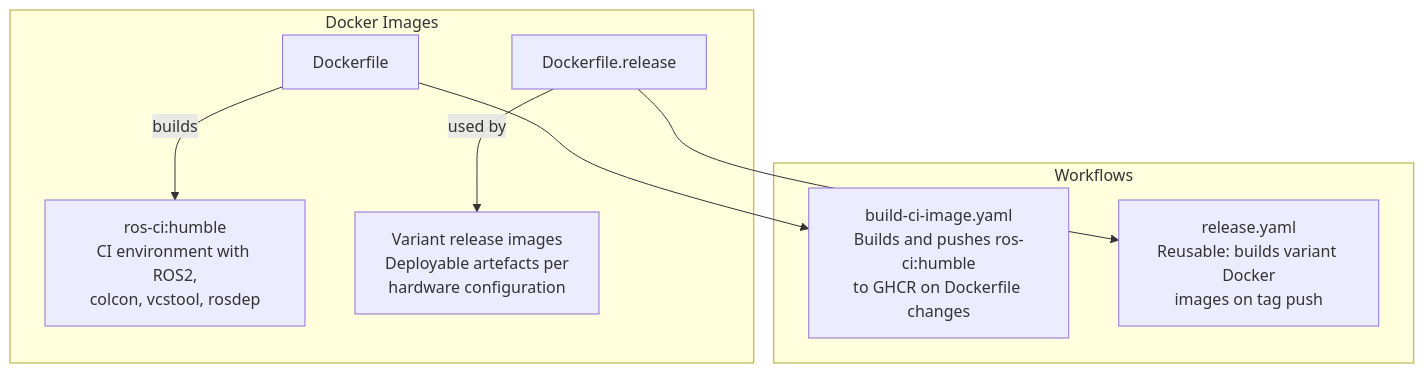
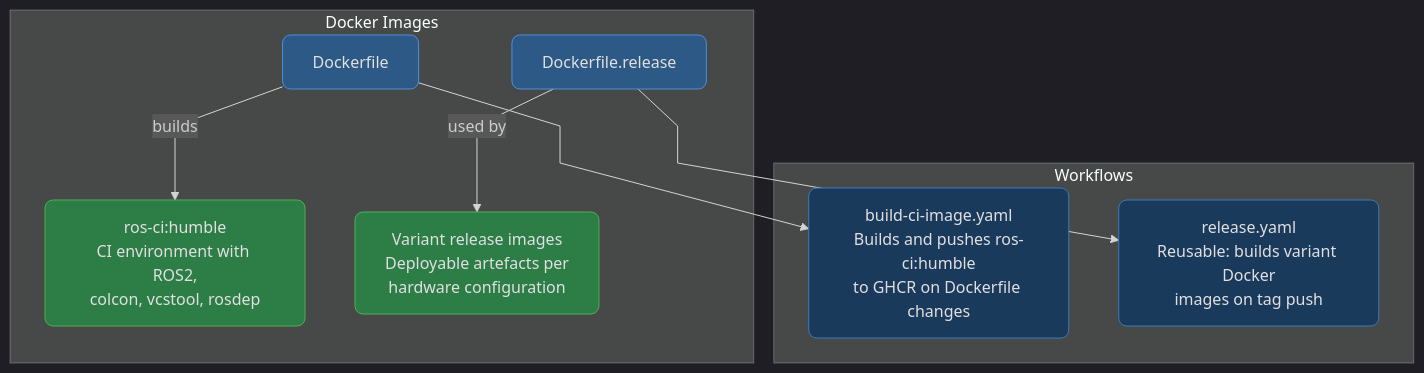
One commit to calebjakemossey/ci-workflows changed the diagram in README.md. Above: the diagram before and after it, drawn with Mermaid.

Commit message:
docs: unify mermaid diagram styling
Apply consistent dark theme with rounded corners, straight
arrows, and unified colour palette.

````diff
--- a/README.md
+++ b/README.md
@@ -9,15 +9,20 @@
 ```mermaid
+%%{init: {'theme': 'dark', 'flowchart': {'curve': 'linear'}}}%%
 graph TB
+    classDef primary fill:#2d5986,stroke:#4a90d9,stroke-width:1px,color:#e0e0e0,rx:8,ry:8
+    classDef secondary fill:#1a3a5c,stroke:#3d7ab5,stroke-width:1px,color:#e0e0e0,rx:8,ry:8
+    classDef accent fill:#2d7d46,stroke:#4caf50,stroke-width:1px,color:#e0e0e0,rx:8,ry:8
+
     subgraph "Docker Images"
-        DF[Dockerfile] -->|builds| CI_IMG[ros-ci:humble<br/>CI environment with ROS2,<br/>colcon, vcstool, rosdep]
-        DFR[Dockerfile.release] -->|used by| REL_IMG[Variant release images<br/>Deployable artefacts per<br/>hardware configuration]
+        DF[Dockerfile]:::primary -->|builds| CI_IMG[ros-ci:humble<br/>CI environment with ROS2,<br/>colcon, vcstool, rosdep]:::accent
+        DFR[Dockerfile.release]:::primary -->|used by| REL_IMG[Variant release images<br/>Deployable artefacts per<br/>hardware configuration]:::accent
     end
 
     subgraph "Workflows"
-        BUILD[build-ci-image.yaml<br/>Builds and pushes ros-ci:humble<br/>to GHCR on Dockerfile changes]
-        RELEASE[release.yaml<br/>Reusable: builds variant Docker<br/>images on tag push]
+        BUILD[build-ci-image.yaml<br/>Builds and pushes ros-ci:humble<br/>to GHCR on Dockerfile changes]:::secondary
+        RELEASE[release.yaml<br/>Reusable: builds variant Docker<br/>images on tag push]:::secondary
     end
 
     DF --> BUILD
     DFR --> RELEASE
 ```
````
